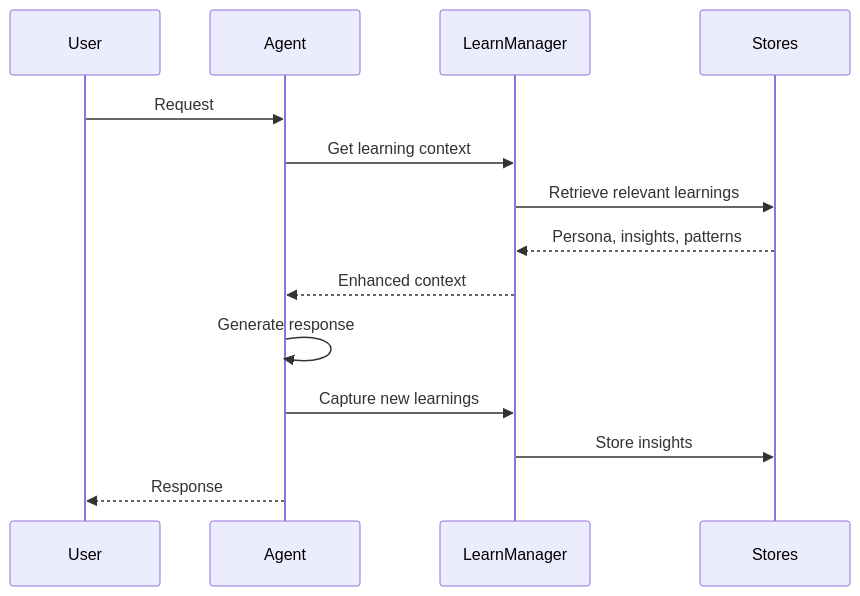
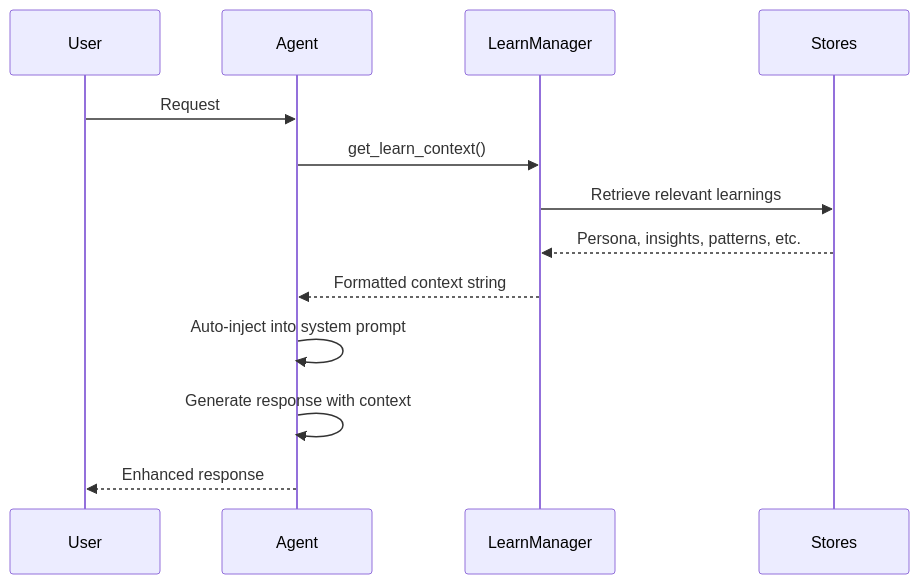
Before and after one commit to MervinPraison/PraisonAIDocs: the second of 2 diagrams in docs/concepts/agent-learn.mdx, drawn with Mermaid. The commit also changed other lines of this file, not shown here.

Commit message:
docs: clarify agent learn auto-injection behavior

````diff
--- a/docs/concepts/agent-learn.mdx
+++ b/docs/concepts/agent-learn.mdx
@@ -113,17 +113,16 @@
 ```mermaid
 sequenceDiagram
     participant User
     participant Agent
     participant LearnManager
     participant Stores
     
     User->>Agent: Request
-    Agent->>LearnManager: Get learning context
+    Agent->>LearnManager: get_learn_context()
     LearnManager->>Stores: Retrieve relevant learnings
-    Stores-->>LearnManager: Persona, insights, patterns
-    LearnManager-->>Agent: Enhanced context
-    Agent->>Agent: Generate response
-    Agent->>LearnManager: Capture new learnings
-    LearnManager->>Stores: Store insights
-    Agent-->>User: Response
+    Stores-->>LearnManager: Persona, insights, patterns, etc.
+    LearnManager-->>Agent: Formatted context string
+    Agent->>Agent: Auto-inject into system prompt
+    Agent->>Agent: Generate response with context
+    Agent-->>User: Enhanced response
 ```
````
